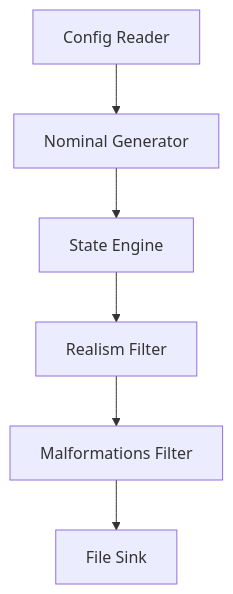
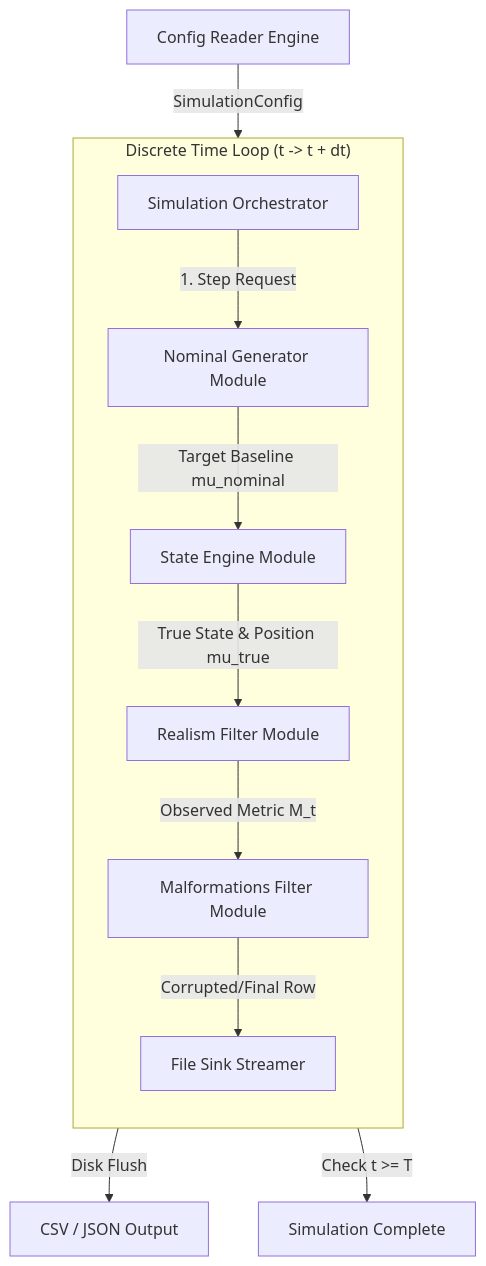
The first of 3 diagrams in docs/hld.md (JohnTippie/stochastic_data_generator), drawn with Mermaid before and after one commit. The commit also changed other lines of this file and 8 other files, not shown here.

````diff
--- a/docs/hld.md
+++ b/docs/hld.md
@@ -23,8 +23,16 @@
 ```mermaid
 flowchart TD
-    A[Config Reader] --> B[Nominal Generator]
-    B --> C[State Engine]
-    C --> D[Realism Filter]
-    D --> E[Malformations Filter]
-    E --> F[File Sink]
+    Config[Config Reader Engine] -->|SimulationConfig| Orchestrator[Simulation Orchestrator]
+    
+    subgraph TickLoop ["Discrete Time Loop (t -> t + dt)"]
+        direction TB
+        Orchestrator -->|1. Step Request| NomGen[Nominal Generator Module]
+        NomGen -->|Target Baseline mu_nominal| StateEng[State Engine Module]
+        StateEng -->|True State & Position mu_true| Realism[Realism Filter Module]
+        Realism -->|Observed Metric M_t| Malform[Malformations Filter Module]
+        Malform -->|Corrupted/Final Row| Sink[File Sink Streamer]
+    end
+    
+    Sink -->|Disk Flush| File[CSV / JSON Output]
+    Orchestrator -->|Check t >= T| Terminate[Simulation Complete]
 ```
````
